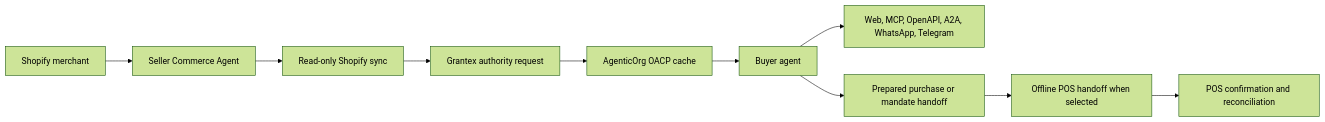
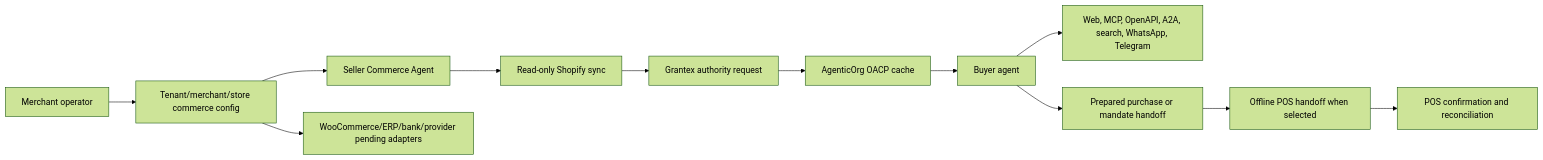
One commit to mishrasanjeev/agentic-org changed the diagram in docs/oacp/end-user-flow.md. Above: the diagram before and after it, drawn with Mermaid (forest theme). The commit also changed other lines of this file and 44 other files, not shown here.

First line of the commit message:
Add merchant self-service OACP config (#878)

````diff
--- a/docs/oacp/end-user-flow.md
+++ b/docs/oacp/end-user-flow.md
@@ -5,12 +5,14 @@
 ```mermaid
 flowchart LR
-  merchant[Shopify merchant] --> seller[Seller Commerce Agent]
+  merchant[Merchant operator] --> config[Tenant/merchant/store commerce config]
+  config --> seller[Seller Commerce Agent]
+  config --> pending[WooCommerce/ERP/bank/provider pending adapters]
   seller --> sync[Read-only Shopify sync]
   sync --> grantex[Grantex authority request]
   grantex --> cache[AgenticOrg OACP cache]
   cache --> buyer[Buyer agent]
-  buyer --> surfaces[Web, MCP, OpenAPI, A2A, WhatsApp, Telegram]
+  buyer --> surfaces[Web, MCP, OpenAPI, A2A, search, WhatsApp, Telegram]
   buyer --> handoff[Prepared purchase or mandate handoff]
   handoff --> pos[Offline POS handoff when selected]
   pos --> reconcile[POS confirmation and reconciliation]
 ```
````
